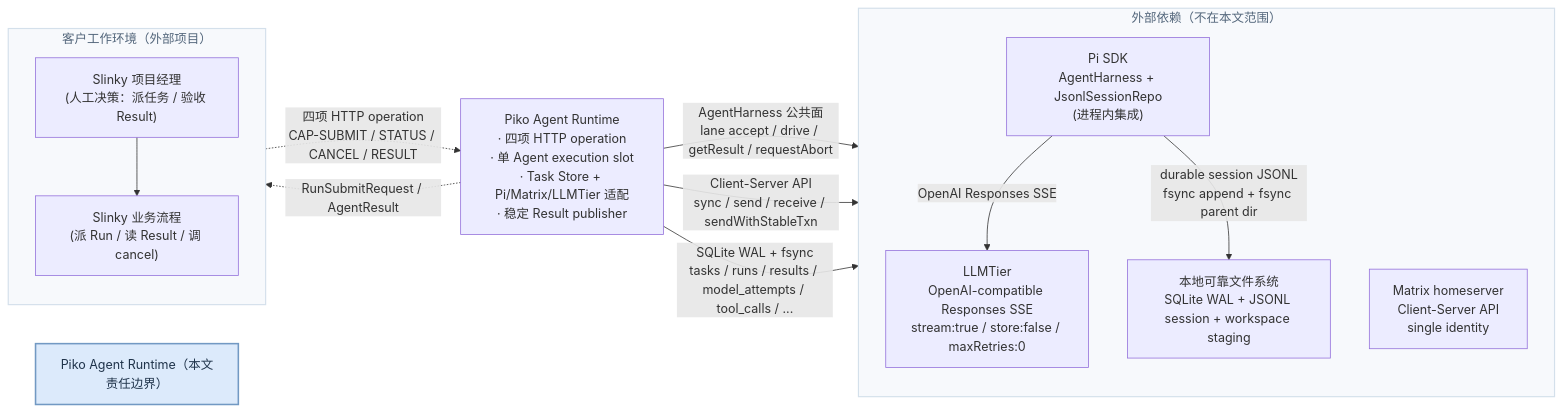
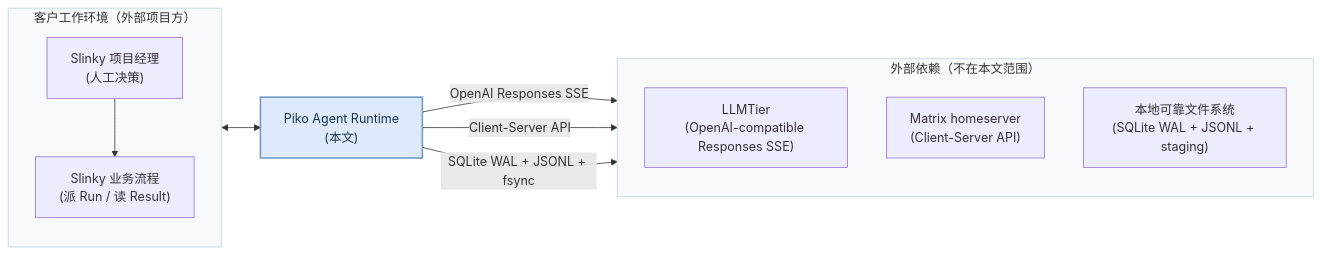
One commit to corezilla/piko changed the second of 9 diagrams in docs/20_system_design/piko-system-design.md. Above: the diagram before and after it, drawn with Mermaid. The commit also changed other lines of this file, not shown here.

Commit message:
docs(std): clean up SW-2 application context diagram
Two issues identified by visual review of rendered PNG:

1. Duplicate 'Piko Agent Runtime' label: subgraph 'PIKO_ZONE' label +
   internal node 'P' both carried the same text. Removed the redundant
   'P' node; the subgraph label alone identifies Piko.

2. Floating label 'RunSubmitRequest / AgentResult': two reverse
   arrows (SLINKY -> PIKO with 'HTTP API' label + PIKO -> SLINKY with
   'RunSubmitRequest / AgentResult' label) had mermaid placement collision;
   one label detached from its arrow. Replaced with single bidirectional
   arrow (SLINKY <--> PIKO) carrying 'HTTP API (四项 operation)' label.

Other minor cleanups:
- Removed 'Pi SDK' from external deps (it's an in-process SDK already
  absorbed into the Piko box; the diagram is about external boundaries)
- Simplified node text (removed multi-line <br/> content)
- Moved protocol detail into figure caption (referencing §9.1/§9.2/§6.1/§7.1)

Result: 3-zone layout (left customer env / middle Piko blue box /
right external deps) matching STD software-application-context.svg
convention. Cleaner, no duplicate or floating labels.

````diff
--- a/docs/20_system_design/piko-system-design.md
+++ b/docs/20_system_design/piko-system-design.md
@@ -78,32 +78,27 @@
 ```mermaid
 flowchart LR
-  subgraph USER_ZONE["客户工作环境（外部项目）"]
+  subgraph USER_ZONE["客户工作环境（外部项目方）"]
     direction TB
-    USER["Slinky 项目经理<br/>(人工决策：派任务 / 验收 Result)"]
-    SLINKY["Slinky 业务流程<br/>(派 Run / 读 Result / 调 cancel)"]
+    USER["Slinky 项目经理<br/>(人工决策)"]
+    SLINKY["Slinky 业务流程<br/>(派 Run / 读 Result)"]
     USER --> SLINKY
   end
 
-  PIKO_ZONE["Piko Agent Runtime（本文责任边界）"]
-  P["Piko Agent Runtime<br/>· 四项 HTTP operation<br/>· 单 Agent execution slot<br/>· Task Store + Pi/Matrix/LLMTier 适配<br/>· 稳定 Result publisher"]
+  PIKO["Piko Agent Runtime<br/>(本文)"]
 
   subgraph EXT_ZONE["外部依赖（不在本文范围）"]
     direction TB
-    PI["Pi SDK<br/>AgentHarness + JsonlSessionRepo<br/>(进程内集成)"]
-    LLMTier["LLMTier<br/>OpenAI-compatible Responses SSE<br/>stream:true / store:false / maxRetries:0"]
-    Matrix["Matrix homeserver<br/>Client-Server API<br/>single identity"]
-    FS["本地可靠文件系统<br/>SQLite WAL + JSONL session + workspace staging"]
+    LLMTier["LLMTier<br/>(OpenAI-compatible Responses SSE)"]
+    Matrix["Matrix homeserver<br/>(Client-Server API)"]
+    FS["本地可靠文件系统<br/>(SQLite WAL + JSONL + staging)"]
   end
 
-  style PIKO_ZONE fill:#dceafb,stroke:#7299c3,stroke-width:2px,color:#20344b
-  style USER_ZONE fill:#f7f9fc,stroke:#d4e0eb,stroke-width:1.5px,color:#53667b
-  style EXT_ZONE fill:#f7f9fc,stroke:#d4e0eb,stroke-width:1.5px,color:#53667b
+  style USER_ZONE fill:#f7f9fc,stroke:#d4e0eb,stroke-width:1.5px
+  style PIKO fill:#dceafb,stroke:#7299c3,stroke-width:2px,color:#20344b
+  style EXT_ZONE fill:#f7f9fc,stroke:#d4e0eb,stroke-width:1.5px
 
-  SLINKY -. "四项 HTTP operation<br/>CAP-SUBMIT / STATUS / CANCEL / RESULT" .-> P
-  P -. "RunSubmitRequest / AgentResult" .-> SLINKY
-  P -- "AgentHarness 公共面<br/>lane accept / drive / getResult / requestAbort" --> PI
-  PI -- "OpenAI Responses SSE" --> LLMTier
-  P -- "Client-Server API<br/>sync / send / receive / sendWithStableTxn" --> Matrix
-  PI -- "durable session JSONL<br/>fsync append + fsync parent dir" --> FS
-  P -- "SQLite WAL + fsync<br/>tasks / runs / results / model_attempts / tool_calls / ..." --> FS
+  SLINKY <--> PIKO
+  PIKO -- "OpenAI Responses SSE" --> LLMTier
+  PIKO -- "Client-Server API" --> Matrix
+  PIKO -- "SQLite WAL + JSONL + fsync" --> FS
 ```
````
